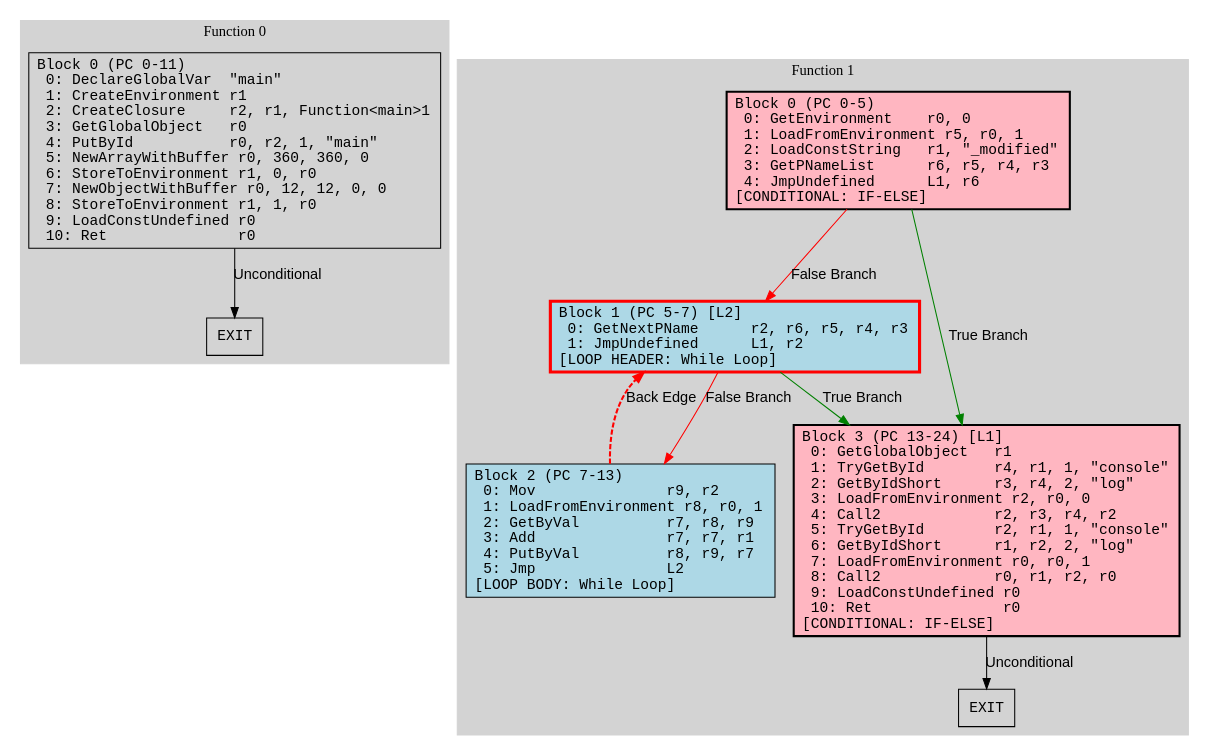
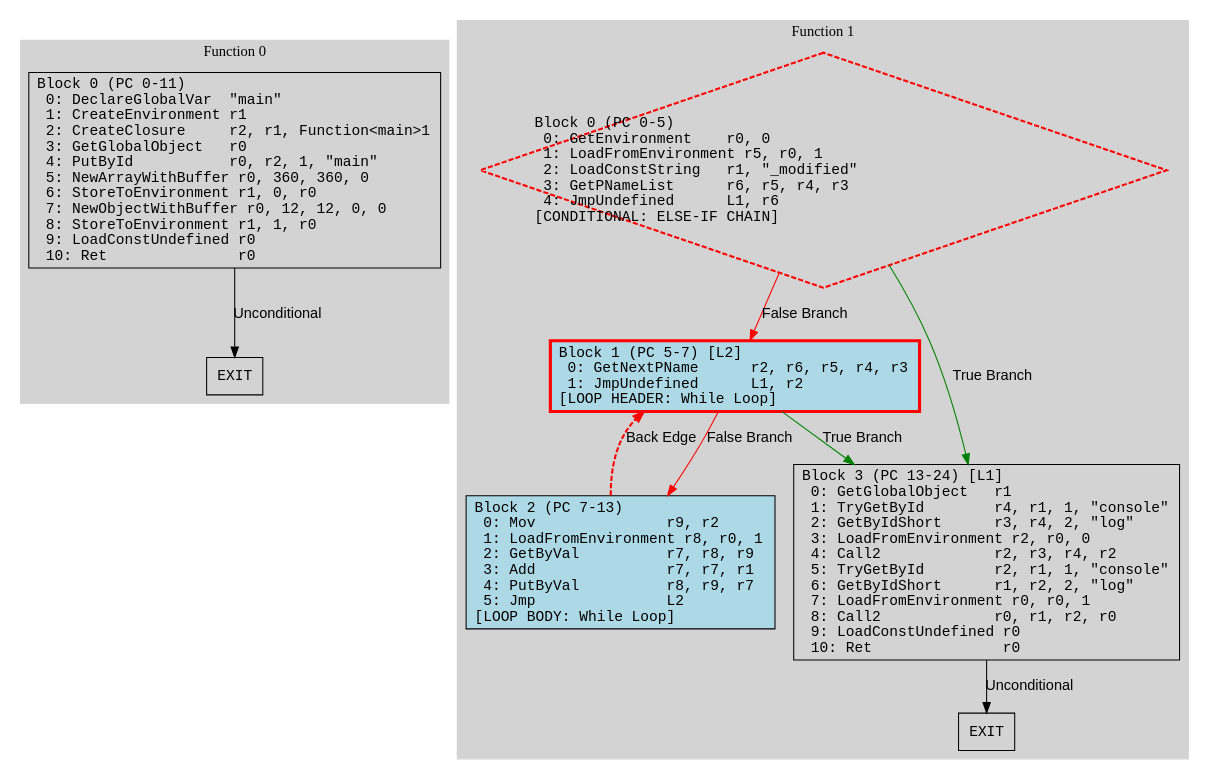
The diagram in data/cfg_visualizations/array_constants_v96/array_constants_v96_analysis.dot (kroo/hermes-dec-rs), drawn with Graphviz before and after one commit. The commit also changed 136 other files, not shown here.

```diff
--- a/data/cfg_visualizations/array_constants_v96/array_constants_v96_analysis.dot
+++ b/data/cfg_visualizations/array_constants_v96/array_constants_v96_analysis.dot
@@ -1,44 +1,44 @@
 digraph {
   rankdir=TB;
   node [shape=box, fontname="monospace"];
   edge [fontname="Arial"];
 
   subgraph cluster_function_0 {
     label = "Function 0";
     style = filled;
     color = lightgrey;
 
     edge [fontname="Arial"];
 
     f0_n0 [label="Block 0 (PC 0-11)\l  0: DeclareGlobalVar  \"main\"\l  1: CreateEnvironment r1\l  2: CreateClosure     r2, r1, Function<main>1\l  3: GetGlobalObject   r0\l  4: PutById           r0, r2, 1, \"main\"\l  5: NewArrayWithBuffer r0, 360, 360, 0\l  6: StoreToEnvironment r1, 0, r0\l  7: NewObjectWithBuffer r0, 12, 12, 0, 0\l  8: StoreToEnvironment r1, 1, r0\l  9: LoadConstUndefined r0\l  10: Ret               r0\l"]
     f0_n1 [style=filled, fillcolor=lightgray, label="EXIT"]
 
     f0_n0 -> f0_n1 [label="Unconditional", color=black]
   }
 
   subgraph cluster_function_1 {
     label = "Function 1";
     style = filled;
     color = lightgrey;
 
     edge [fontname="Arial"];
 
-    f1_n0 [style=filled, fillcolor="lightpink", shape=box, penwidth=2, color=black, label="Block 0 (PC 0-5)\l  0: GetEnvironment    r0, 0\l  1: LoadFromEnvironment r5, r0, 1\l  2: LoadConstString   r1, \"_modified\"\l  3: GetPNameList      r6, r5, r4, r3\l  4: JmpUndefined      L1, r6\l[CONDITIONAL: IF-ELSE]\l"]
+    f1_n0 [style=filled, fillcolor="lightcoral", shape=diamond, penwidth=2, color=red, style=dashed, label="Block 0 (PC 0-5)\l  0: GetEnvironment    r0, 0\l  1: LoadFromEnvironment r5, r0, 1\l  2: LoadConstString   r1, \"_modified\"\l  3: GetPNameList      r6, r5, r4, r3\l  4: JmpUndefined      L1, r6\l[CONDITIONAL: ELSE-IF CHAIN]\l"]
     f1_n1 [style=filled, fillcolor="lightblue", penwidth=3, color=red, label="Block 1 (PC 5-7) [L2]\l  0: GetNextPName      r2, r6, r5, r4, r3\l  1: JmpUndefined      L1, r2\l[LOOP HEADER: While Loop]\l"]
     f1_n2 [style=filled, fillcolor="lightblue", label="Block 2 (PC 7-13)\l  0: Mov               r9, r2\l  1: LoadFromEnvironment r8, r0, 1\l  2: GetByVal          r7, r8, r9\l  3: Add               r7, r7, r1\l  4: PutByVal          r8, r9, r7\l  5: Jmp               L2\l[LOOP BODY: While Loop]\l"]
-    f1_n3 [style=filled, fillcolor="lightpink", shape=box, penwidth=2, color=black, label="Block 3 (PC 13-24) [L1]\l  0: GetGlobalObject   r1\l  1: TryGetById        r4, r1, 1, \"console\"\l  2: GetByIdShort      r3, r4, 2, \"log\"\l  3: LoadFromEnvironment r2, r0, 0\l  4: Call2             r2, r3, r4, r2\l  5: TryGetById        r2, r1, 1, \"console\"\l  6: GetByIdShort      r1, r2, 2, \"log\"\l  7: LoadFromEnvironment r0, r0, 1\l  8: Call2             r0, r1, r2, r0\l  9: LoadConstUndefined r0\l  10: Ret               r0\l[CONDITIONAL: IF-ELSE]\l"]
+    f1_n3 [label="Block 3 (PC 13-24) [L1]\l  0: GetGlobalObject   r1\l  1: TryGetById        r4, r1, 1, \"console\"\l  2: GetByIdShort      r3, r4, 2, \"log\"\l  3: LoadFromEnvironment r2, r0, 0\l  4: Call2             r2, r3, r4, r2\l  5: TryGetById        r2, r1, 1, \"console\"\l  6: GetByIdShort      r1, r2, 2, \"log\"\l  7: LoadFromEnvironment r0, r0, 1\l  8: Call2             r0, r1, r2, r0\l  9: LoadConstUndefined r0\l  10: Ret               r0\l"]
     f1_n4 [style=filled, fillcolor=lightgray, label="EXIT"]
 
     f1_n0 -> f1_n3 [label="True Branch", color=green]
     f1_n0 -> f1_n1 [label="False Branch", color=red]
     f1_n1 -> f1_n3 [label="True Branch", color=green]
     f1_n1 -> f1_n2 [label="False Branch", color=red]
     f1_n2 -> f1_n1 [label="Unconditional", color=black, color=red, penwidth=2, style=dashed, label="Back Edge"]
     f1_n3 -> f1_n4 [label="Unconditional", color=black]
 
     // Analysis Legend
-    // Conditional: IF-ELSE
     // Loop: While Loop
+    // Conditional: ELSE-IF CHAIN
   }
 
 }
```
